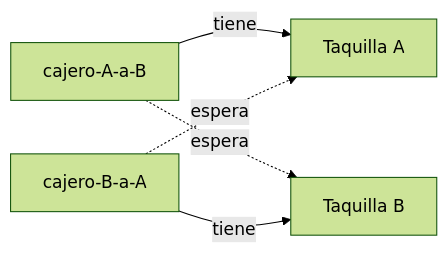
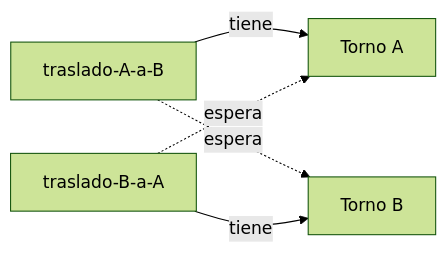
Before and after one commit to kohee-dev/onyon-knight: the second of 2 diagrams in contenido/piezas/psp/multihilo/taquilla-festival.md, drawn with Mermaid (forest theme). The commit also changed other lines of this file, not shown here.

First line of the commit message:
content: taquilla del festival con partes renombradas, tornos y objetos perdidos, código sin lambdas ni AtomicInteger y redacción más cercana (#43)

````diff
--- a/contenido/piezas/psp/multihilo/taquilla-festival.md
+++ b/contenido/piezas/psp/multihilo/taquilla-festival.md
@@ -260,7 +328,7 @@
 ```mermaid
 flowchart LR
-    H1[cajero-A-a-B] -->|tiene| A[Taquilla A]
-    H1 -.->|espera| B[Taquilla B]
-    H2[cajero-B-a-A] -->|tiene| B
+    H1[traslado-A-a-B] -->|tiene| A[Torno A]
+    H1 -.->|espera| B[Torno B]
+    H2[traslado-B-a-A] -->|tiene| B
     H2 -.->|espera| A
 ```
````
